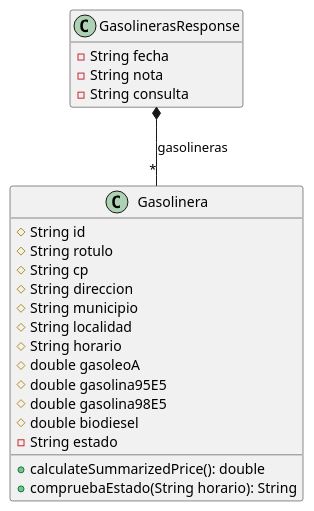
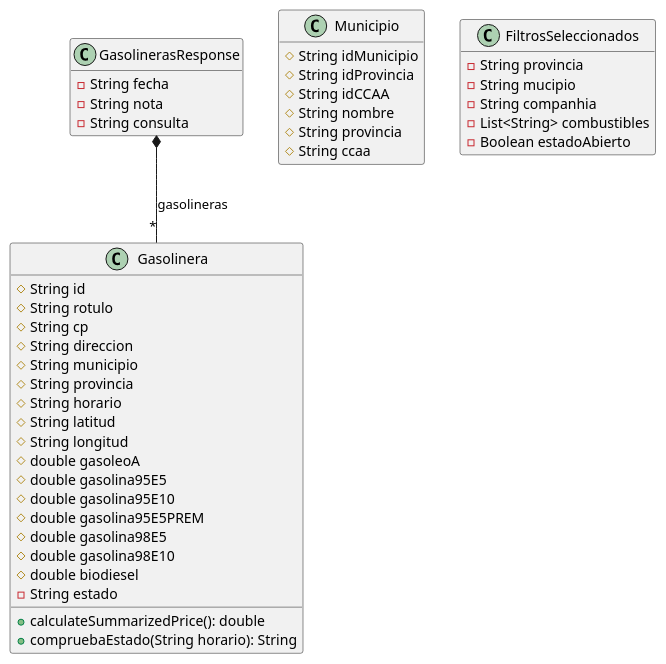
The diagram in Docs/Models/DomainModel.puml (isunican/App-Gasolineras-Grupo5), drawn with PlantUML before and after one commit. The commit also changed 12 other files, not shown here.

```diff
--- a/Docs/Models/DomainModel.puml
+++ b/Docs/Models/DomainModel.puml
@@ -1,34 +1,52 @@
 @startuml
 
 hide empty members
 
 class Gasolinera {
     #  String id
     #  String rotulo
     #  String cp
     #  String direccion
     #  String municipio
-    #  String localidad
+    #  String provincia
     #  String horario
+    #  String latitud
+    #  String longitud
     #  double gasoleoA
     #  double gasolina95E5
+    #  double gasolina95E10
+    #  double gasolina95E5PREM
     #  double gasolina98E5
+    #  double gasolina98E10
     #  double biodiesel
     -  String estado
     +  calculateSummarizedPrice(): double
     +  compruebaEstado(String horario): String
-    
-    
+}
+
+class Municipio {
+    #  String idMunicipio
+    #  String idProvincia
+    #  String idCCAA
+    #  String nombre
+    #  String provincia
+    #  String ccaa
+}
+
+class FiltrosSeleccionados {
+    -  String provincia
+    -  String mucipio
+    -  String companhia
+    -  List<String> combustibles
+    -  Boolean estadoAbierto
 }
 
 class GasolinerasResponse {
     -  String fecha
     -  String nota
     -  String consulta
-  
 }
-
 
 GasolinerasResponse *-- "*" Gasolinera : gasolineras
 
 @enduml
```
